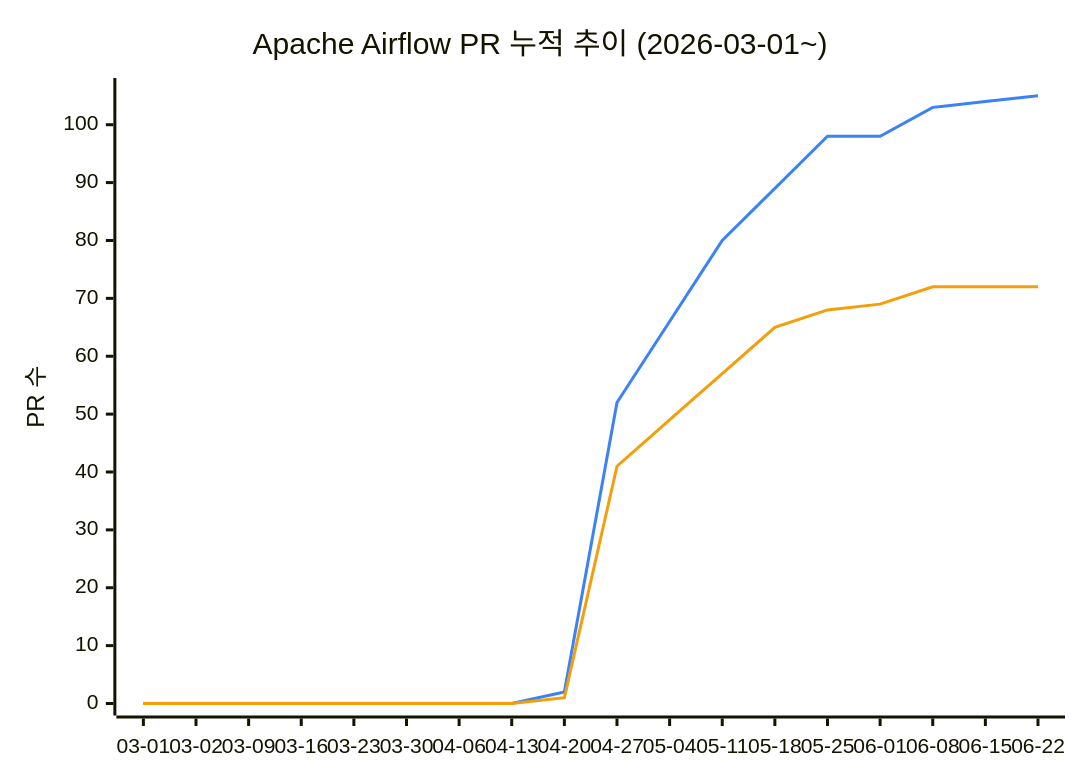
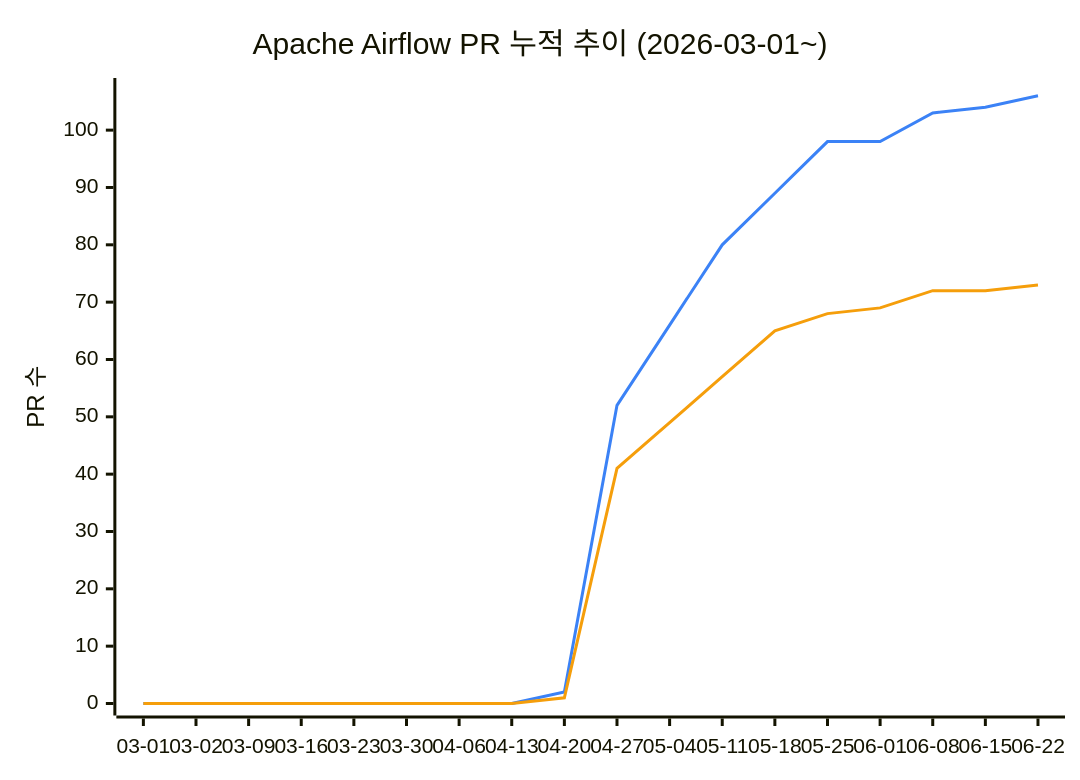
The diagram in README.md (AirflowKorea/ossca), drawn with Mermaid before and after one commit. The commit also changed other lines of this file, not shown here.

````diff
--- a/README.md
+++ b/README.md
@@ -11,9 +11,9 @@
 ```mermaid
 %%{init: {"themeVariables": {"xyChart": {"plotColorPalette": "#3b82f6, #f59e0b"}}}}%%
 xychart-beta
     title "Apache Airflow PR 누적 추이 (2026-03-01~)"
     x-axis ["03-01", "03-02", "03-09", "03-16", "03-23", "03-30", "04-06", "04-13", "04-20", "04-27", "05-04", "05-11", "05-18", "05-25", "06-01", "06-08", "06-15", "06-22"]
-    y-axis "PR 수" 0 --> 106
-    line [0, 0, 0, 0, 0, 0, 0, 0, 2, 52, 66, 80, 89, 98, 98, 103, 104, 105]
-    line [0, 0, 0, 0, 0, 0, 0, 0, 1, 41, 49, 57, 65, 68, 69, 72, 72, 72]
+    y-axis "PR 수" 0 --> 107
+    line [0, 0, 0, 0, 0, 0, 0, 0, 2, 52, 66, 80, 89, 98, 98, 103, 104, 106]
+    line [0, 0, 0, 0, 0, 0, 0, 0, 1, 41, 49, 57, 65, 68, 69, 72, 72, 73]
 ```
````
